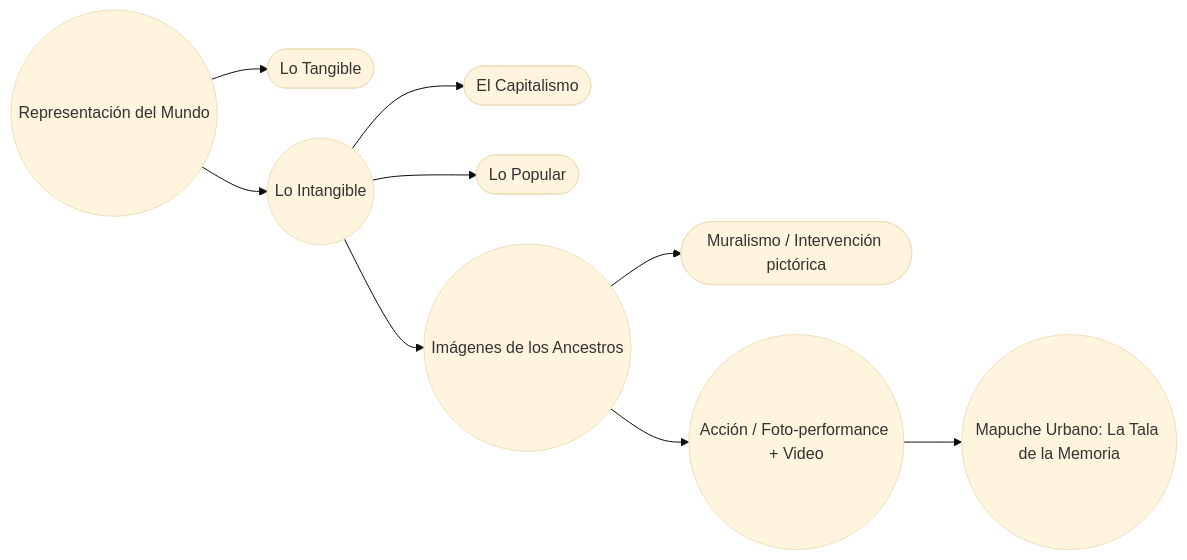
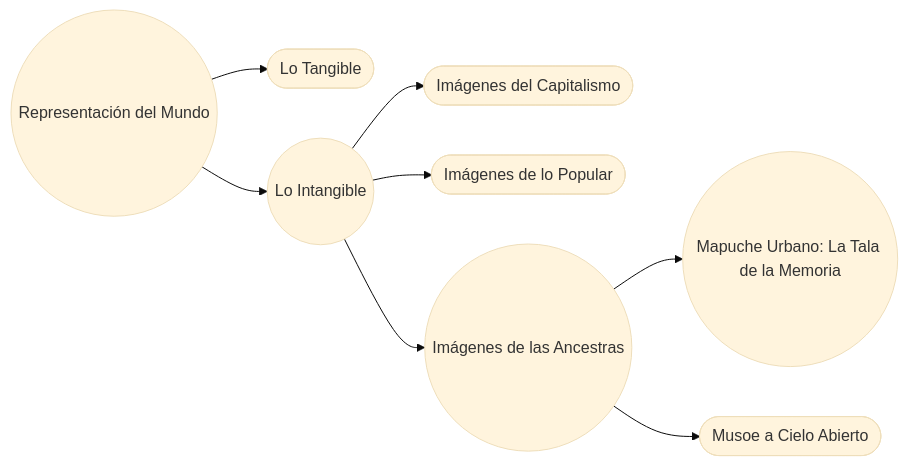
Before and after one commit to EGGS-Artesvisuales/EGGS-Artesvisuales.github.io: the diagram in ES/mapuche-urbano.md, drawn with Mermaid (base theme). The commit also changed other lines of this file and 77 other files, not shown here.

```diff
--- a/ES/mapuche-urbano.md
+++ b/ES/mapuche-urbano.md
@@ -19,32 +19,19 @@
 <div class="mermaid">
 flowchart LR
-  %% Regla visual:
-  %% - Ruta activa (nodos tocados): ((redondos))
-  %% - Hermanos / ramas fuera de ruta: ([redondeados-rectangulares])
-
   A((Representación del Mundo)) --> T([Lo Tangible])
   A --> I((Lo Intangible))
+  I --> C([Imágenes del Capitalismo])
+  I --> P([Imágenes de lo Popular])
+  I --> AN((Imágenes de las Ancestras))
+  AN --> TA((Mapuche Urbano: La Tala de la Memoria))
+  AN --> MU([Musoe a Cielo Abierto])
 
-  I --> C([El Capitalismo])
-  I --> P([Lo Popular])
-  I --> AN((Imágenes de los Ancestros))
-
-  AN --> AN_M([Muralismo / Intervención pictórica])
-  AN --> AN_A((Acción / Foto-performance + Video))
-
-  AN_A --> MU((Mapuche Urbano: La Tala de la Memoria))
-
-  %% Links (ES/)
   click A "/ES/mundo-exterior.html" "Ir a Representación del Mundo"
   click T "/ES/tangible.html" "Ir a Lo Tangible"
   click I "/ES/intangible.html" "Ir a Lo Intangible"
-
-  click C "/ES/en-construccion.html" "En construcción"
-  click P "/ES/en-construccion.html" "En construcción"
-
-  click AN "/ES/imagenes-ancestros.html" "Ir a Imágenes de los Ancestros"
-  click AN_M "/ES/en-construccion.html" "En construcción"
-  click AN_A "/ES/en-construccion.html" "En construcción"
-
-  click MU "/ES/mapuche-urbano.html" "Estás aquí"
+  click C "/ES/imagenes-capitalismo.html" "Ir a Imágenes del Capitalismo"
+  click P "/ES/imagenes-popular.html" "Ir a Imágenes de lo Popular"
+  click AN "/ES/imagenes-ancestros.html" "Ir a Imágenes de las Ancestras"
+  click TA "/ES/mapuche-urbano.html" "Estás aquí"
+  click MU "/ES/musoe-a-cielo-abierto.html" "Ir a Musoe a Cielo Abierto"
 </div>
```
